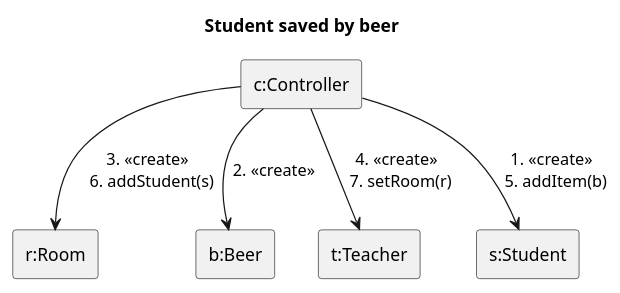
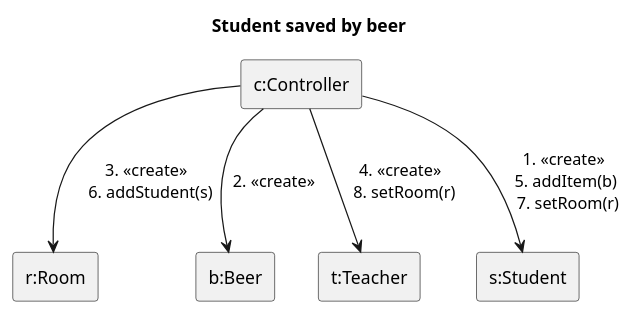
Before and after one commit to MBakter/echo: the diagram in docs/communication_diagrams/beer_save.plantuml, drawn with PlantUML. The commit also changed 8 other files, not shown here.

```diff
--- a/docs/communication_diagrams/beer_save.plantuml
+++ b/docs/communication_diagrams/beer_save.plantuml
@@ -1,14 +1,14 @@
 @startuml ser
 title Student saved by beer
 rectangle "c:Controller" as c
 rectangle "r:Room" as r
 rectangle "b:Beer" as b
 rectangle "t:Teacher" as t
 rectangle "s:Student" as s
 
-c --> s: 1. <<create>> \n 5. addItem(b)
+c --> s: 1. <<create>> \n 5. addItem(b) \n 7. setRoom(r)
 c --> r : 3. <<create>> \n 6. addStudent(s)
 c --> b : 2. <<create>> 
-c --> t : 4. <<create>> \n 7. setRoom(r)
+c --> t : 4. <<create>> \n 8. setRoom(r)
 
 @enduml
```
